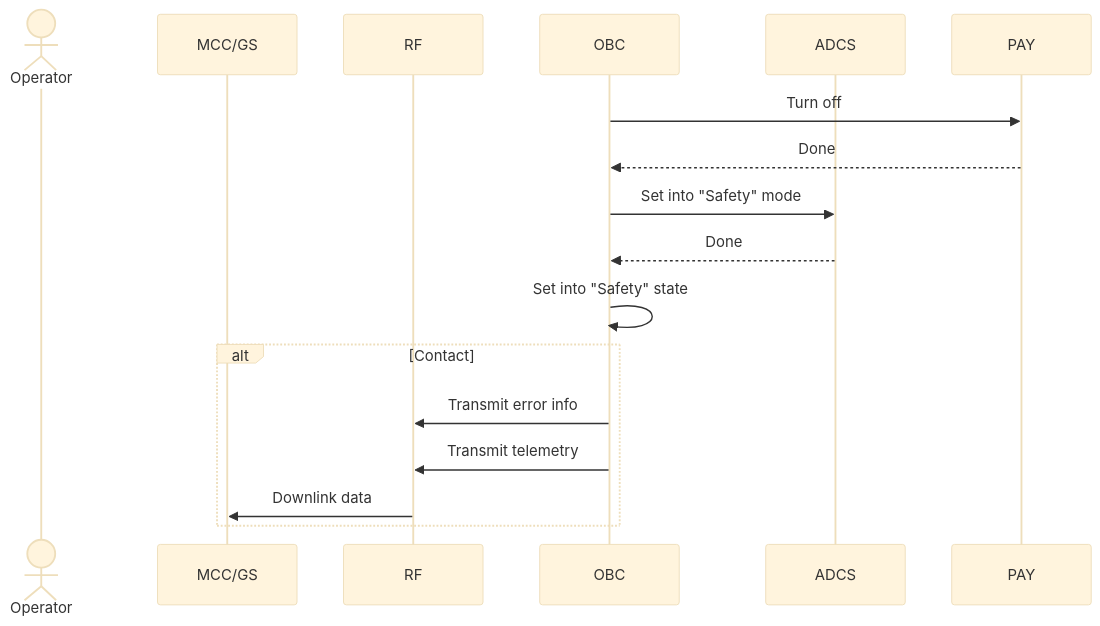
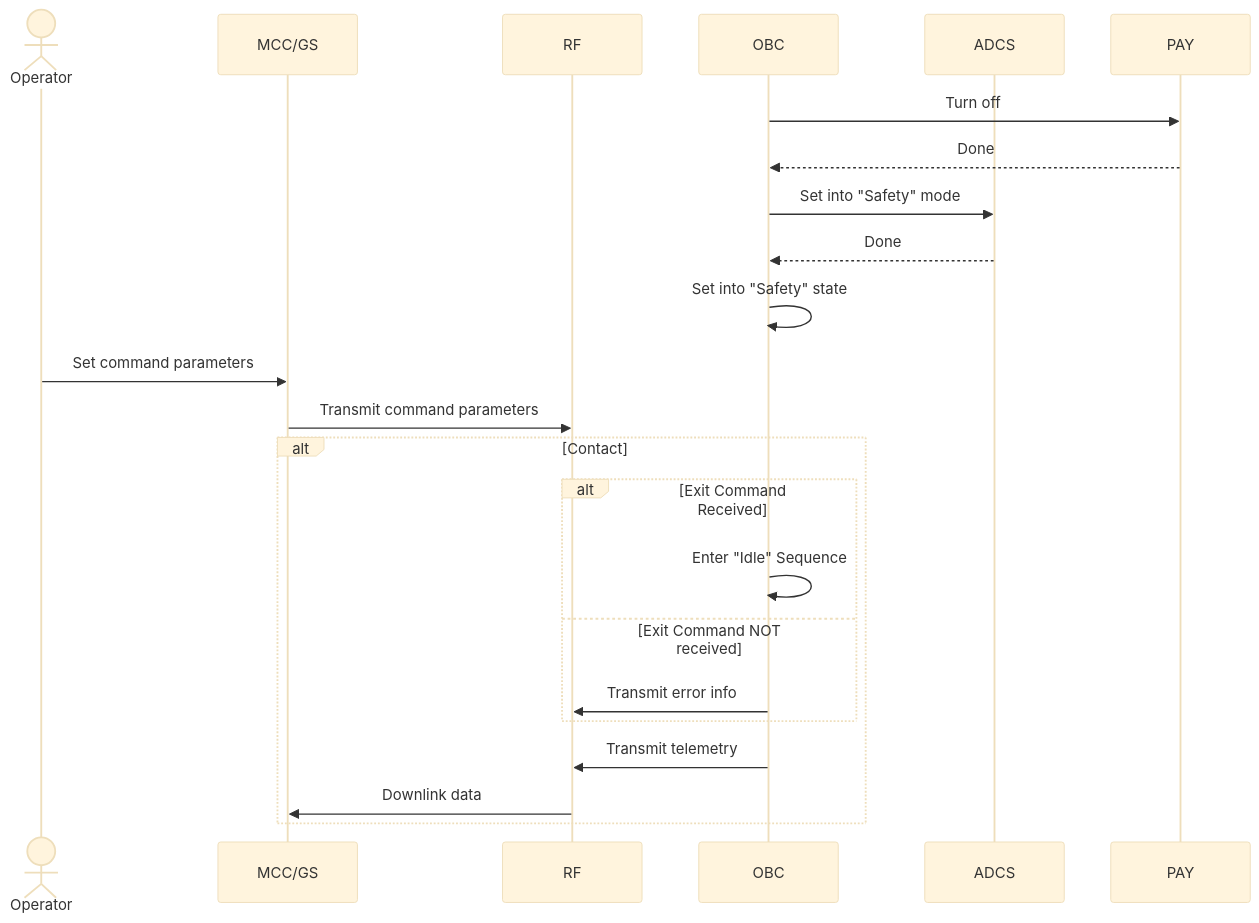
One commit to utat-ss/FINCH-sequence-diagrams changed the diagram in command sequences/safety-command-sequence.md. Above: the diagram before and after it, drawn with Mermaid (base theme).

````diff
--- a/command sequences/safety-command-sequence.md
+++ b/command sequences/safety-command-sequence.md
@@ -2,23 +2,30 @@
 ```mermaid
 sequenceDiagram
     Actor Operator
     participant MCC/GS
     participant RF
     participant OBC
     participant ADCS
     participant PAY
 
     OBC->>PAY: Turn off
     PAY-->>OBC: Done
     OBC->>ADCS: Set into "Safety" mode
     ADCS-->>OBC: Done
 
     OBC->>OBC: Set into "Safety" state
 
+    Operator->>MCC/GS: Set command parameters
+    MCC/GS->>RF: Transmit command parameters
+
     alt Contact
-        OBC->>RF: Transmit error info
+        alt Exit Command Received
+            OBC->>OBC: Enter "Idle" Sequence
+        else Exit Command NOT received
+            OBC->>RF: Transmit error info
+        end 
         OBC->>RF: Transmit telemetry
         RF->>MCC/GS: Downlink data
     end
     
 ```
````
